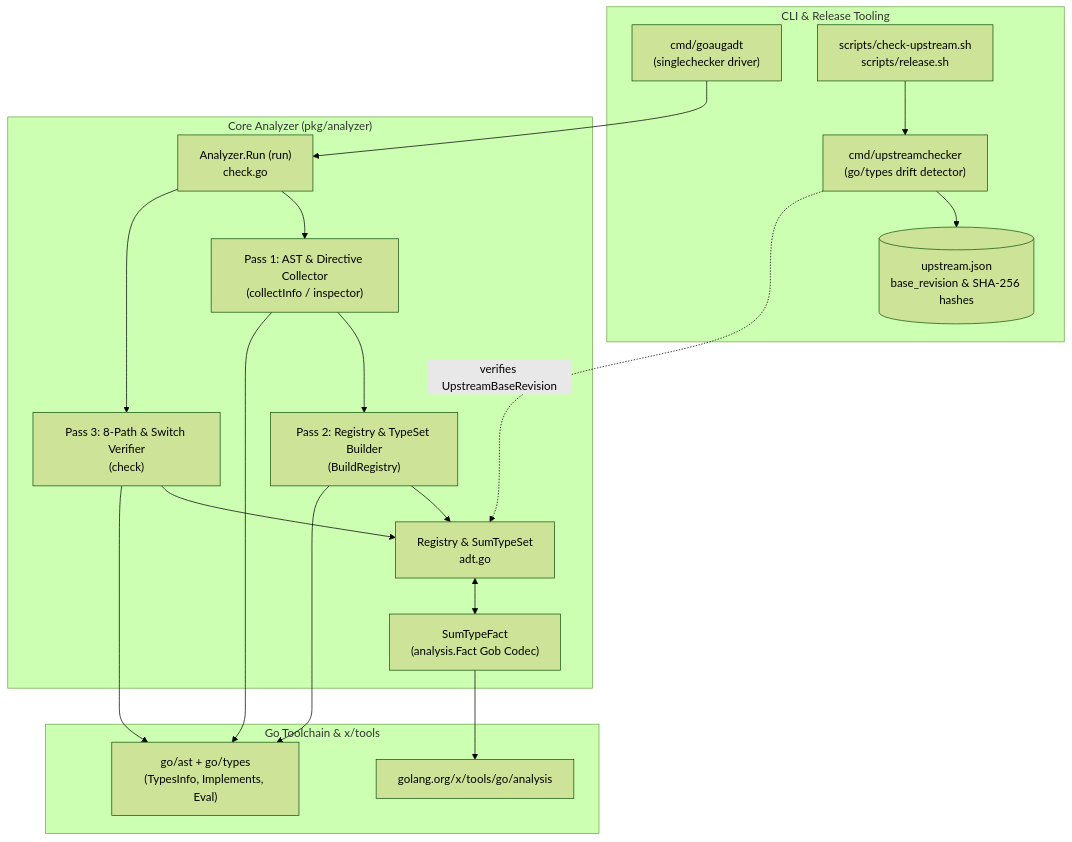
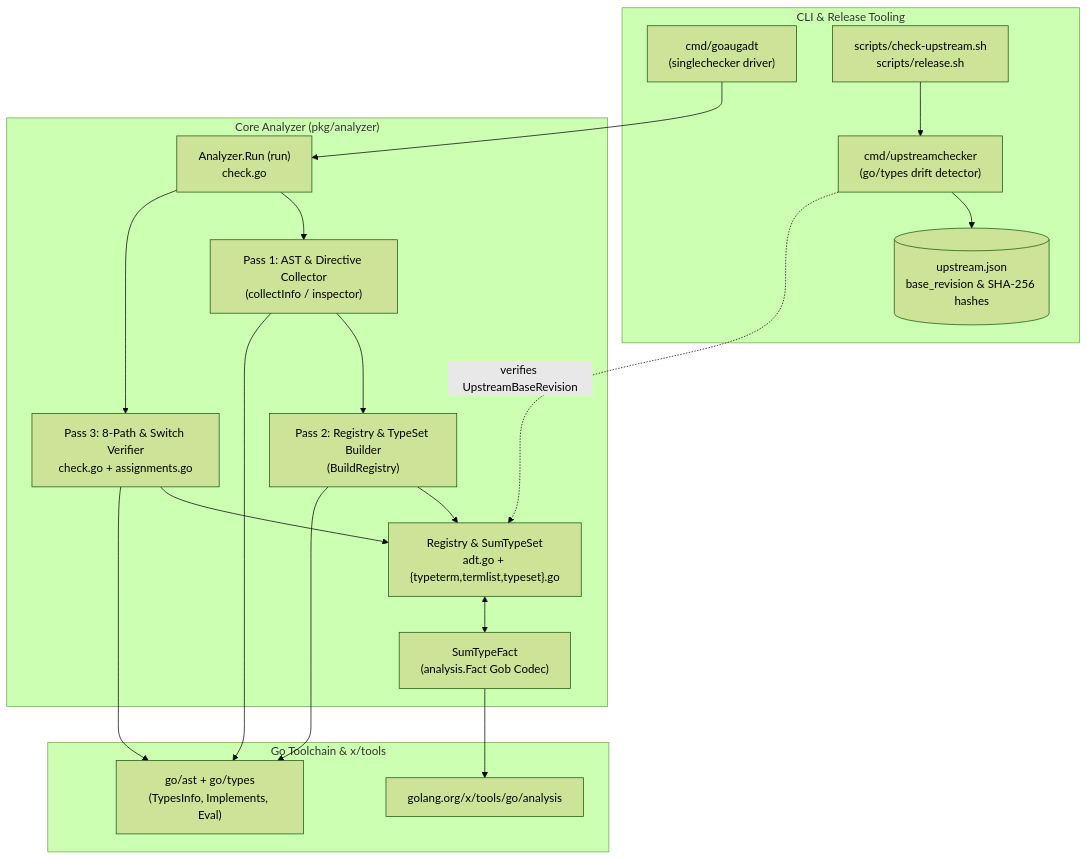
The first of 7 diagrams in docs/ARCHITECTURE.md (routis819/goaugtype), drawn with Mermaid (forest theme) before and after one commit. The commit also changed other lines of this file and 5 other files, not shown here.

````diff
--- a/docs/ARCHITECTURE.md
+++ b/docs/ARCHITECTURE.md
@@ -19,40 +19,40 @@
 ```mermaid
 flowchart TB
     subgraph Tooling["CLI & Release Tooling"]
         CLI["cmd/goaugadt<br/>(singlechecker driver)"]
         UCheck["cmd/upstreamchecker<br/>(go/types drift detector)"]
         Scripts["scripts/check-upstream.sh<br/>scripts/release.sh"]
         UJSON[("upstream.json<br/>base_revision & SHA-256 hashes")]
     end
 
     subgraph Engine["Core Analyzer (pkg/analyzer)"]
         Entry["Analyzer.Run (run)<br/>check.go"]
         Collector["Pass 1: AST & Directive Collector<br/>(collectInfo / inspector)"]
         Builder["Pass 2: Registry & TypeSet Builder<br/>(BuildRegistry)"]
-        Registry["Registry & SumTypeSet<br/>adt.go"]
-        Checker["Pass 3: 8-Path & Switch Verifier<br/>(check)"]
+        Registry["Registry & SumTypeSet<br/>adt.go + {typeterm,termlist,typeset}.go"]
+        Checker["Pass 3: 8-Path & Switch Verifier<br/>check.go + assignments.go"]
         Facts["SumTypeFact<br/>(analysis.Fact Gob Codec)"]
     end
 
     subgraph GoStd["Go Toolchain & x/tools"]
         GoAnalysis["golang.org/x/tools/go/analysis"]
         GoTypes["go/ast + go/types<br/>(TypesInfo, Implements, Eval)"]
     end
 
     CLI --> Entry
     Scripts --> UCheck
     UCheck --> UJSON
     UCheck -. "verifies UpstreamBaseRevision" .-> Registry
 
     Entry --> Collector
     Collector --> Builder
     Builder --> Registry
     Registry <--> Facts
     Entry --> Checker
     Checker --> Registry
 
     Collector --> GoTypes
     Builder --> GoTypes
     Checker --> GoTypes
     Facts --> GoAnalysis
 ```
````
